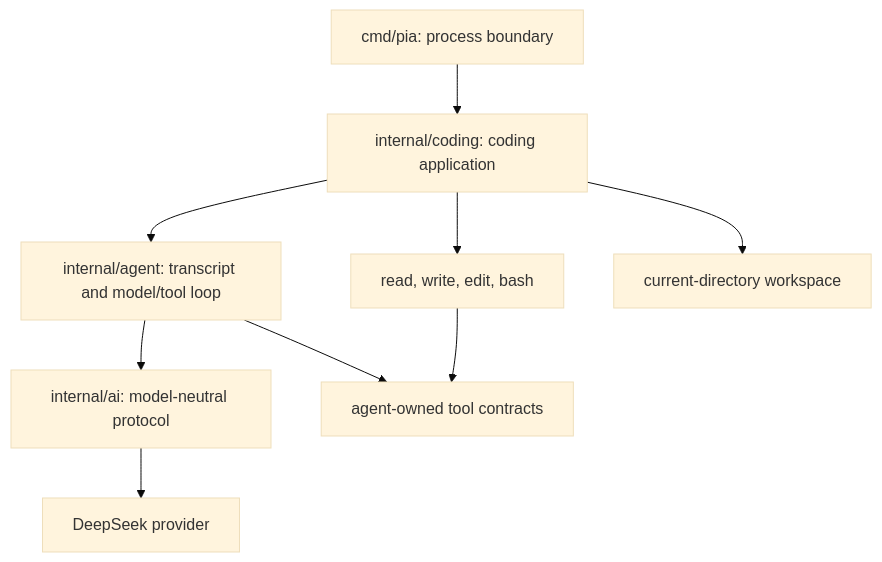
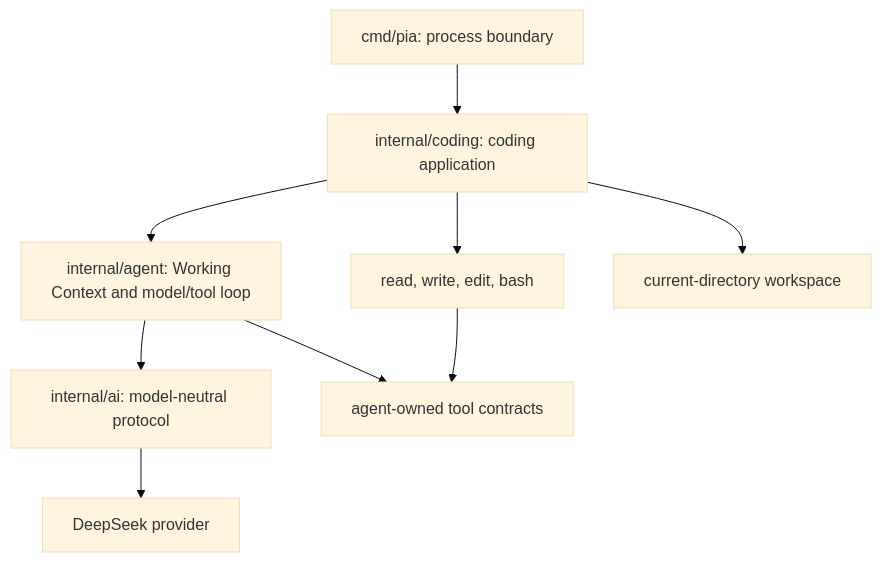
The first of 3 diagrams in docs/plans/2026-07-19-001-feature-pia-one-shot-coding-agent-plan.md (yuanbohan/pia), drawn with Mermaid (base theme) before and after one commit. The commit also changed other lines of this file and 17 other files, not shown here.

First line of the commit message:
feat(agent): separate history from working context

````diff
--- a/docs/plans/2026-07-19-001-feature-pia-one-shot-coding-agent-plan.md
+++ b/docs/plans/2026-07-19-001-feature-pia-one-shot-coding-agent-plan.md
@@ -58,11 +59,11 @@
 ```mermaid
 flowchart TB
   CLI[cmd/pia: process boundary] --> Coding[internal/coding: coding application]
-  Coding --> Agent[internal/agent: transcript and model/tool loop]
+  Coding --> Agent[internal/agent: Working Context and model/tool loop]
   Agent --> AI[internal/ai: model-neutral protocol]
   AI --> Provider[DeepSeek provider]
   Agent --> Contracts[agent-owned tool contracts]
   Coding --> Tools[read, write, edit, bash]
   Tools --> Contracts
   Coding --> Workspace[current-directory workspace]
 ```
````
